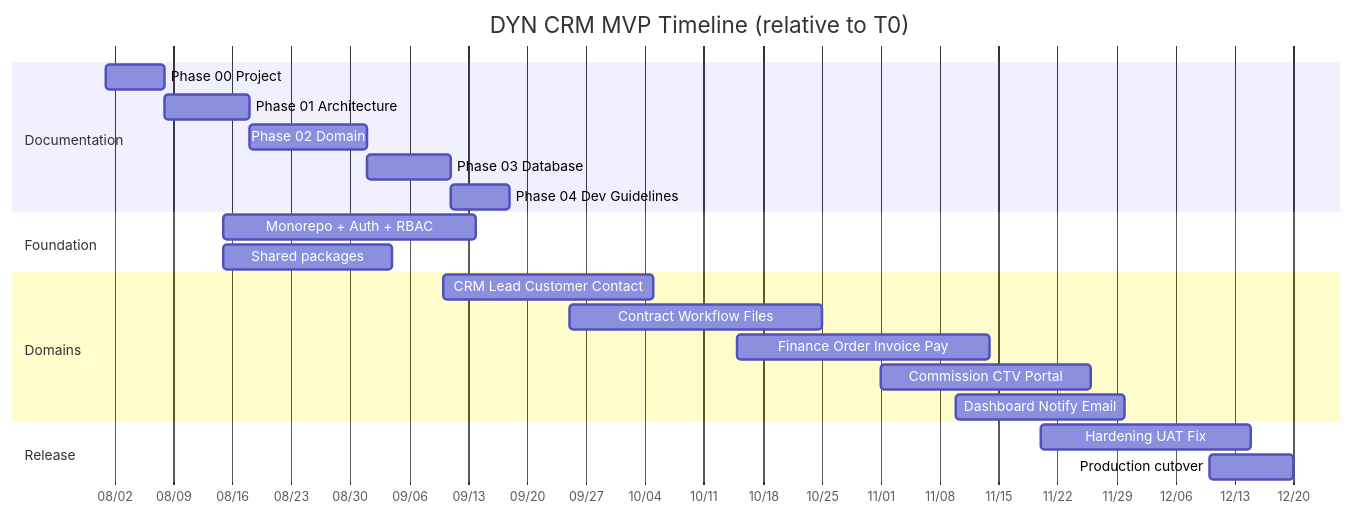
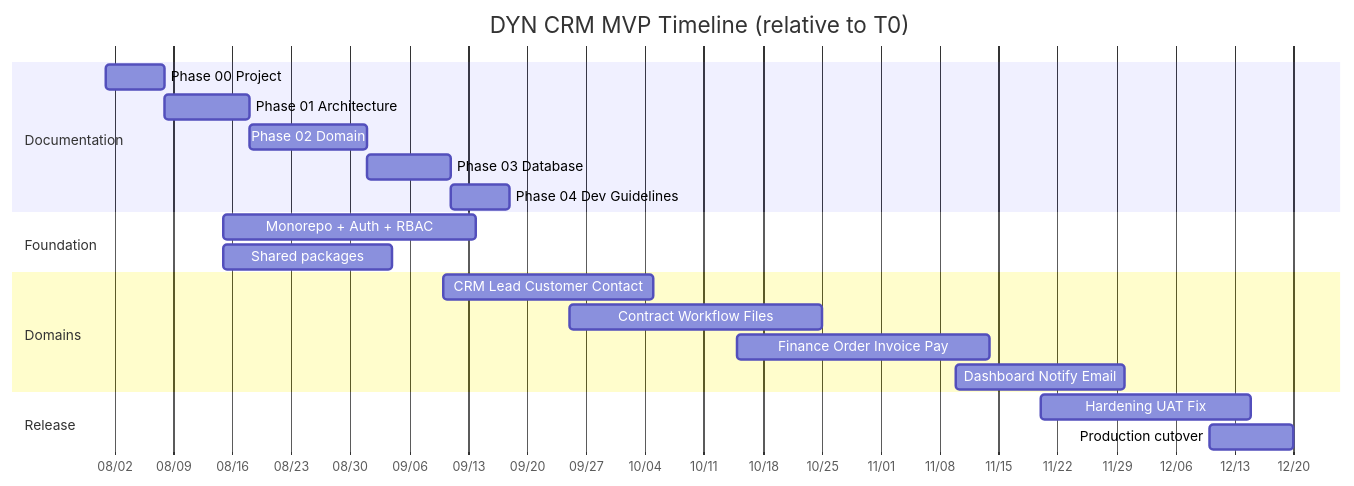
Before and after one commit to PNCTriet/DYN_CRM_BACKEND: the first of 2 diagrams in docs/00-project/Timeline.md, drawn with Mermaid. The commit also changed other lines of this file and 46 other files, not shown here.

````diff
--- a/docs/00-project/Timeline.md
+++ b/docs/00-project/Timeline.md
@@ -35,28 +35,27 @@
 ```mermaid
 gantt
   title DYN CRM MVP Timeline (relative to T0)
   dateFormat  YYYY-MM-DD
   axisFormat  %m/%d
 
   section Documentation
   Phase 00 Project           :a0, 2026-08-01, 7d
   Phase 01 Architecture      :a1, after a0, 10d
   Phase 02 Domain            :a2, after a1, 14d
   Phase 03 Database          :a3, after a2, 10d
   Phase 04 Dev Guidelines    :a4, after a3, 7d
 
   section Foundation
   Monorepo + Auth + RBAC     :b1, 2026-08-15, 30d
   Shared packages            :b2, 2026-08-15, 20d
 
   section Domains
   CRM Lead Customer Contact  :c1, 2026-09-10, 25d
   Contract Workflow Files    :c2, 2026-09-25, 30d
   Finance Order Invoice Pay  :c3, 2026-10-15, 30d
-  Commission CTV Portal      :c4, 2026-11-01, 25d
   Dashboard Notify Email     :c5, 2026-11-10, 20d
 
   section Release
   Hardening UAT Fix          :d1, 2026-11-20, 25d
   Production cutover         :d2, 2026-12-10, 10d
 ```
````
